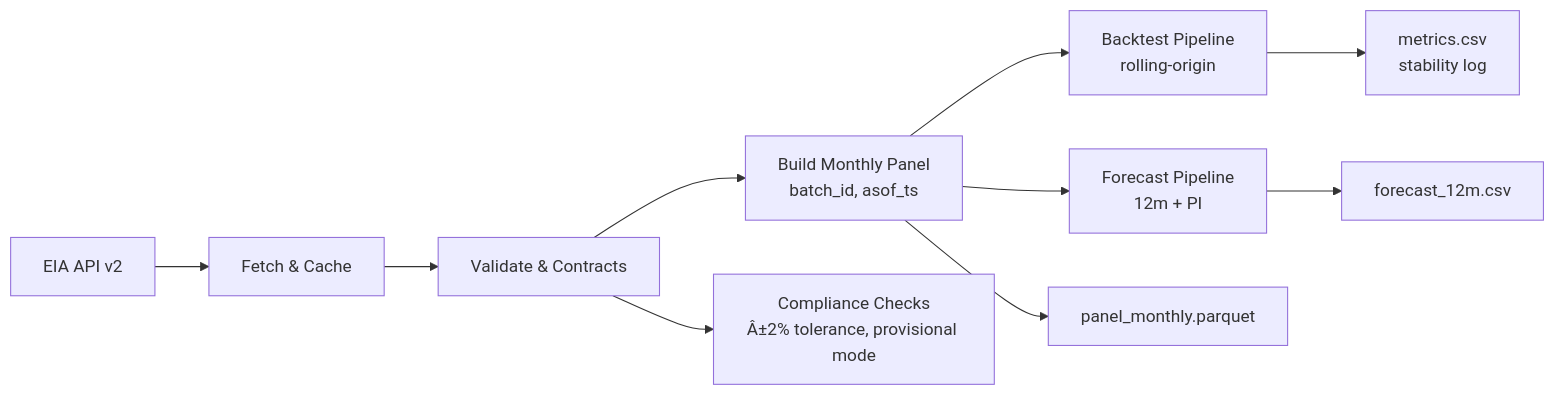
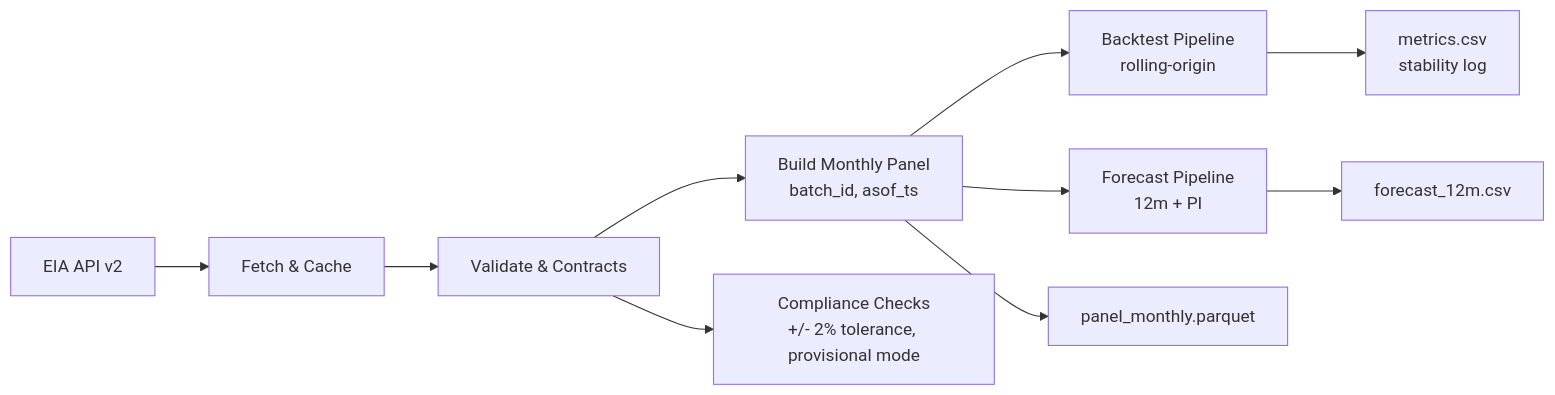
One commit to bkjohn2018/fuel-tracker changed the diagram in README.md. Above: the diagram before and after it, drawn with Mermaid. The commit also changed other lines of this file, not shown here.

````diff
--- a/README.md
+++ b/README.md
@@ -213,12 +213,12 @@
 ```mermaid
 flowchart LR
     A[EIA API v2] --> B[Fetch & Cache]
     B --> C[Validate & Contracts]
     C --> D[Build Monthly Panel<br/>batch_id, asof_ts]
     D --> E[Backtest Pipeline<br/>rolling-origin]
     D --> F[Forecast Pipeline<br/>12m + PI]
     E --> G[metrics.csv<br/>stability log]
     F --> H[forecast_12m.csv]
     D --> I[panel_monthly.parquet]
-    C --> J[Compliance Checks<br/>Â±2% tolerance, provisional mode]
+    C --> J[Compliance Checks<br/>+/- 2% tolerance, provisional mode]
 ```
````
